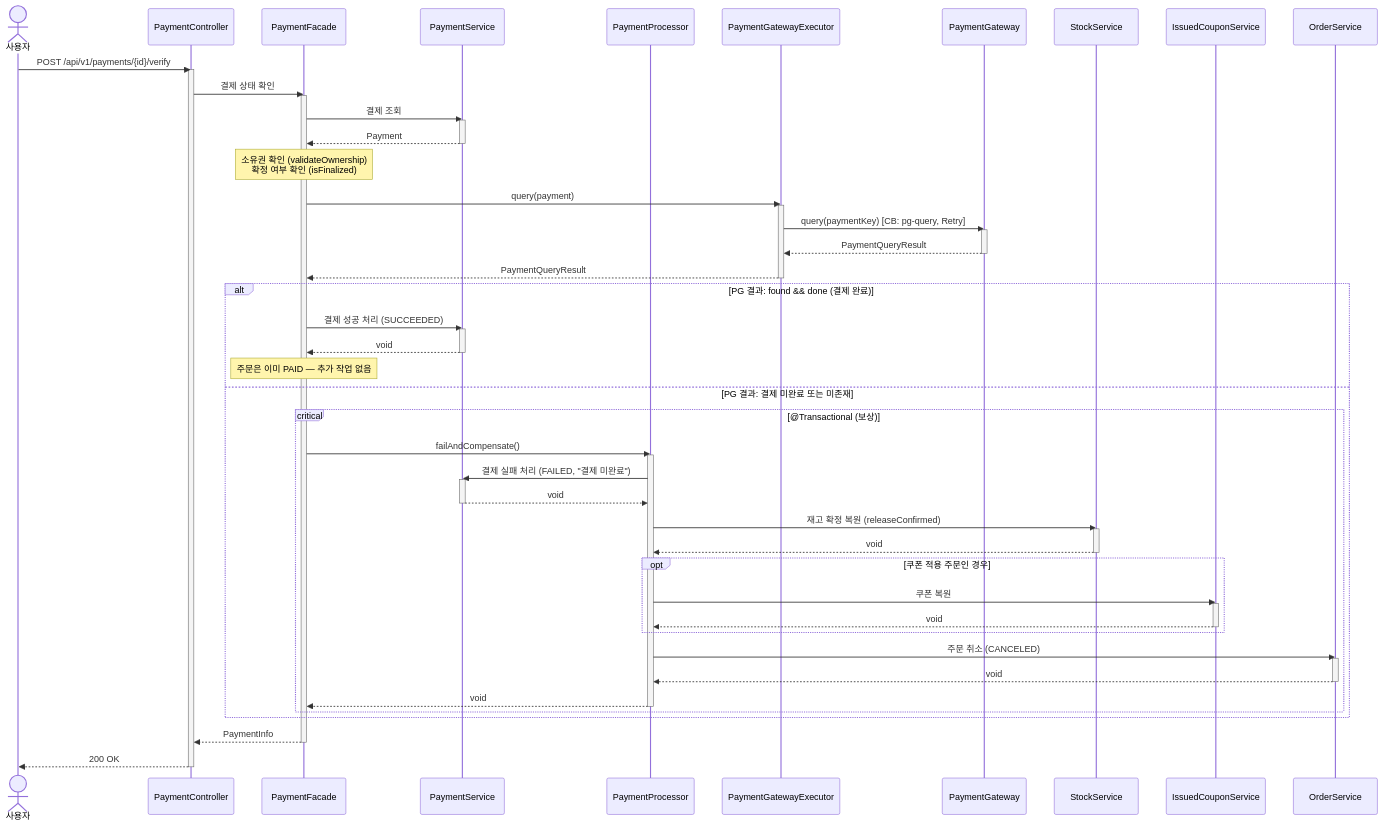
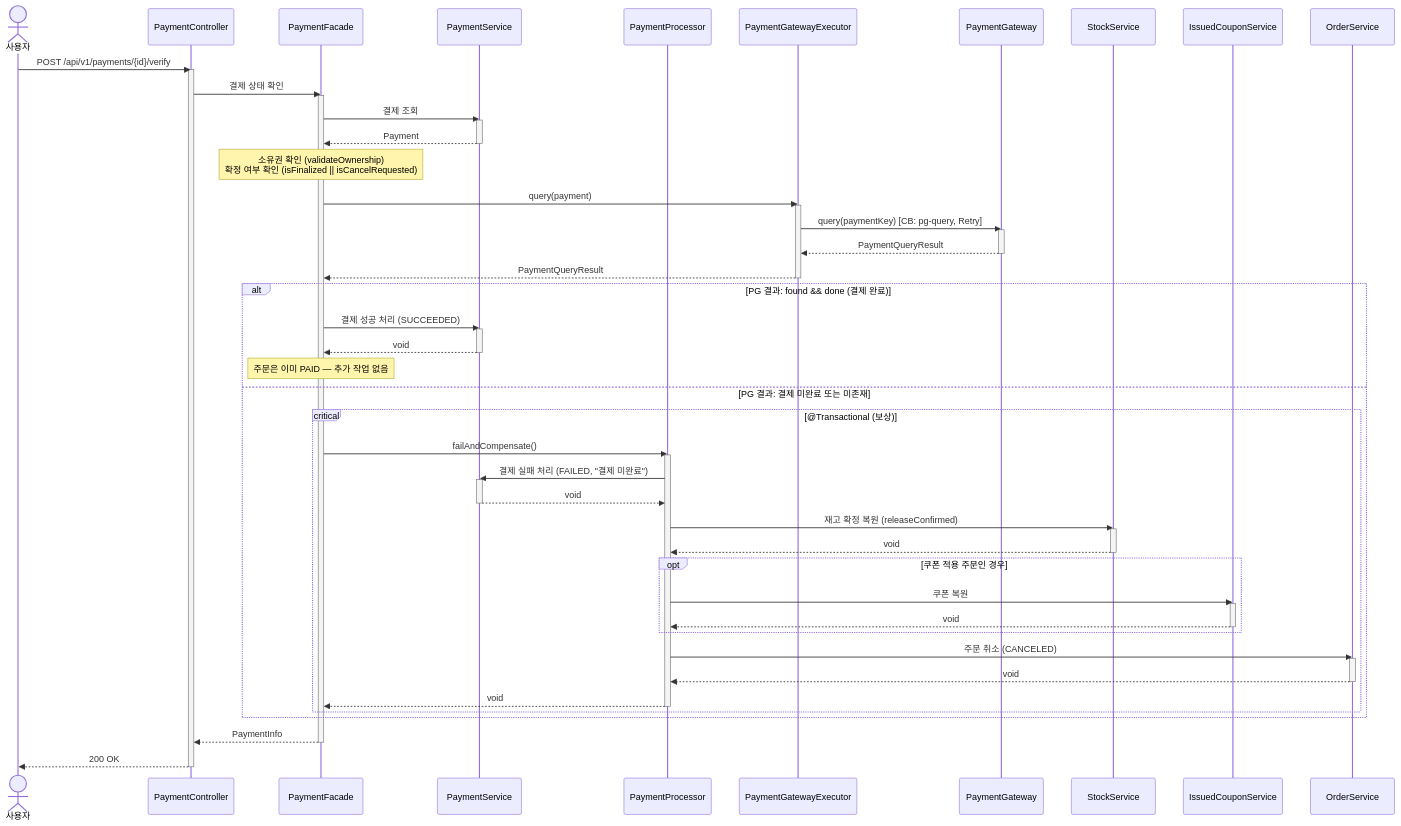
The diagram in docs/design/payment/sequences/005-payment-verify.md (Loopers-dev-lab/loop-pack-be-l2-vol3-java), drawn with Mermaid before and after one commit. The commit also changed other lines of this file and 17 other files, not shown here.

First line of the commit message:
refactor: 결제 취소 흐름에 CANCEL_REQUESTED 중간 상태 도입

````diff
--- a/docs/design/payment/sequences/005-payment-verify.md
+++ b/docs/design/payment/sequences/005-payment-verify.md
@@ -8,77 +8,77 @@
 ```mermaid
 sequenceDiagram
     actor 사용자
     participant PC as PaymentController
     participant PF as PaymentFacade
     participant PS as PaymentService
     participant PP as PaymentProcessor
     participant GE as PaymentGatewayExecutor
     participant GW as PaymentGateway
     participant SS as StockService
     participant ICS as IssuedCouponService
     participant OS as OrderService
 
     사용자->>PC: POST /api/v1/payments/{id}/verify
     activate PC
     PC->>PF: 결제 상태 확인
     activate PF
 
     PF->>PS: 결제 조회
     activate PS
     PS-->>PF: Payment
     deactivate PS
 
-    Note over PF: 소유권 확인 (validateOwnership)<br/>확정 여부 확인 (isFinalized)
+    Note over PF: 소유권 확인 (validateOwnership)<br/>확정 여부 확인 (isFinalized || isCancelRequested)
 
     PF->>GE: query(payment)
     activate GE
     GE->>GW: query(paymentKey) [CB: pg-query, Retry]
     activate GW
     GW-->>GE: PaymentQueryResult
     deactivate GW
     GE-->>PF: PaymentQueryResult
     deactivate GE
 
     alt PG 결과: found && done (결제 완료)
         PF->>PS: 결제 성공 처리 (SUCCEEDED)
         activate PS
         PS-->>PF: void
         deactivate PS
 
         Note over PF: 주문은 이미 PAID — 추가 작업 없음
 
     else PG 결과: 결제 미완료 또는 미존재
         critical @Transactional (보상)
             PF->>PP: failAndCompensate()
             activate PP
             PP->>PS: 결제 실패 처리 (FAILED, "결제 미완료")
             activate PS
             PS-->>PP: void
             deactivate PS
 
             PP->>SS: 재고 확정 복원 (releaseConfirmed)
             activate SS
             SS-->>PP: void
             deactivate SS
 
             opt 쿠폰 적용 주문인 경우
                 PP->>ICS: 쿠폰 복원
                 activate ICS
                 ICS-->>PP: void
                 deactivate ICS
             end
 
             PP->>OS: 주문 취소 (CANCELED)
             activate OS
             OS-->>PP: void
             deactivate OS
             PP-->>PF: void
             deactivate PP
         end
     end
 
     PF-->>PC: PaymentInfo
     deactivate PF
     PC-->>사용자: 200 OK
     deactivate PC
 ```
````
